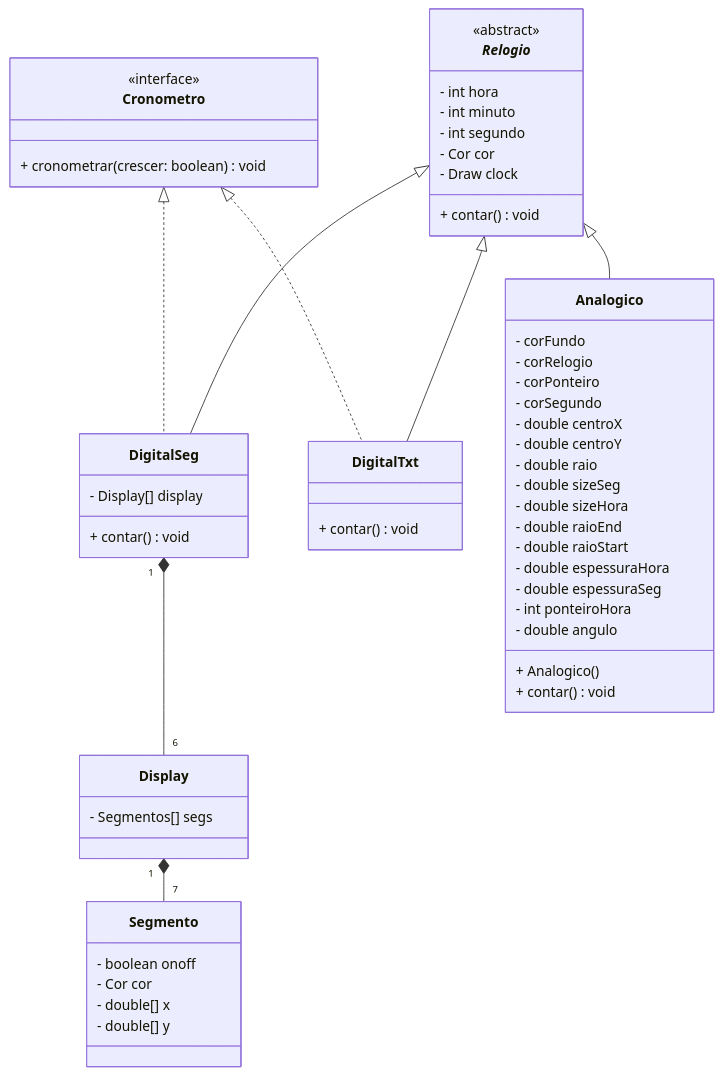
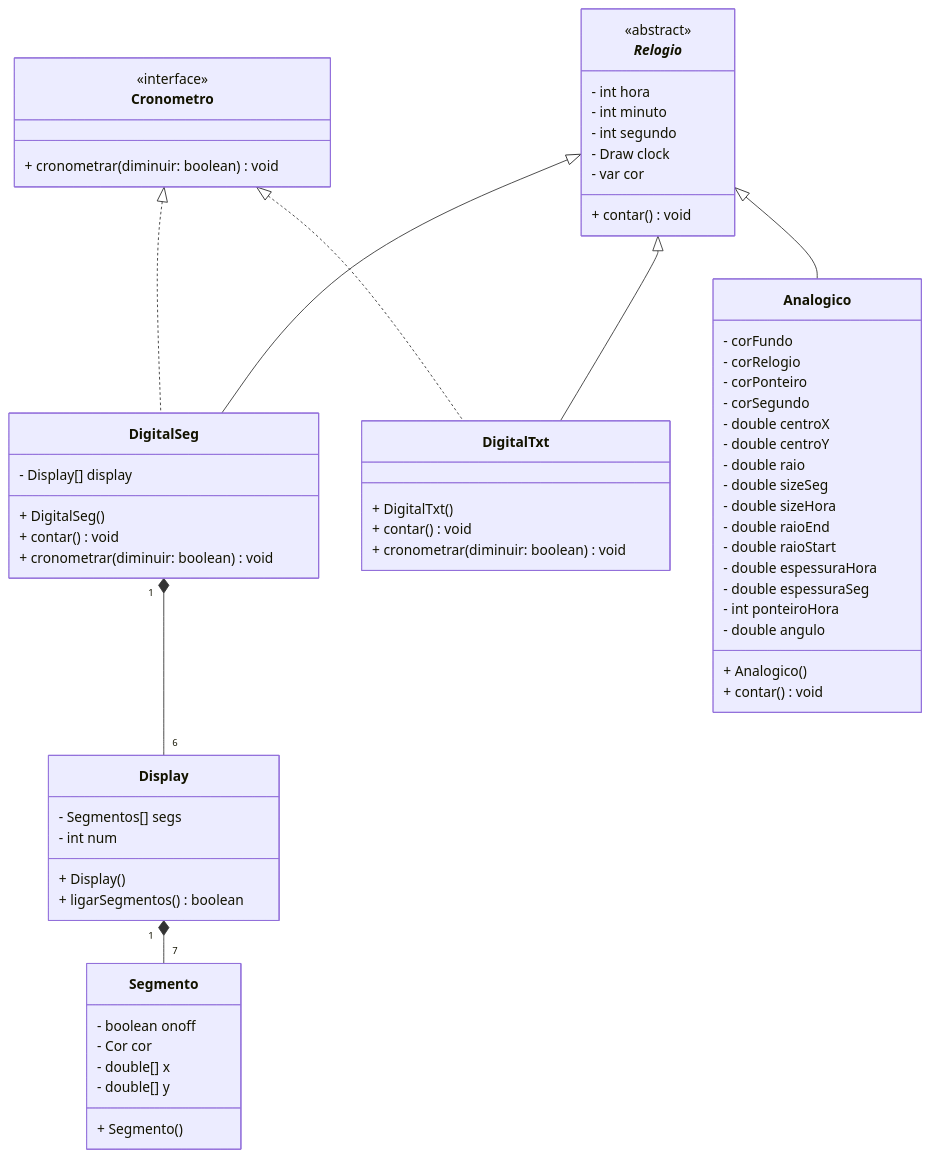
One commit to Aluno55/POO changed the diagram in lab-06/README.md. Above: the diagram before and after it, drawn with Mermaid. The commit also changed 4 other files, not shown here.

````diff
--- a/lab-06/README.md
+++ b/lab-06/README.md
@@ -1,60 +1,68 @@
 ```mermaid
 classDiagram
     class _Relogio_{
         <<abstract>>
         - int hora
         - int minuto
         - int segundo
-        - Cor cor
         - Draw clock
+        - var cor
         + contar () void
     }
     class Cronometro {
         <<interface>>
-        + cronometrar (crescer: boolean) void
+        + cronometrar (diminuir: boolean) void
     }
     Cronometro <|.. DigitalSeg
     Cronometro <|.. DigitalTxt
     class DigitalSeg{
         - Display[] display
+        + DigitalSeg ()
         + contar () void
+        + cronometrar (diminuir: boolean) void
     }
     class Display{
         - Segmentos[] segs
+        - int num
+        + Display ()
+        + ligarSegmentos () boolean
     }
     class Segmento{
         - boolean onoff
         - Cor cor
         - double[] x
         - double[] y
+        + Segmento ()
     }
     class Analogico{
         - corFundo
         - corRelogio
         - corPonteiro
         - corSegundo
         - double centroX
         - double centroY
         - double raio
         - double sizeSeg
         - double sizeHora
         - double raioEnd
         - double raioStart
         - double espessuraHora
         - double espessuraSeg
         - int ponteiroHora
         - double angulo
         + Analogico ()
         + contar () void
     }
     class DigitalTxt{
+        + DigitalTxt ()
         + contar () void
+        + cronometrar (diminuir: boolean) void
     }
 
     _Relogio_ <|-- DigitalSeg
     _Relogio_ <|-- DigitalTxt
     _Relogio_ <|-- Analogico
     Display "1"*--"7"Segmento
     DigitalSeg "1"*--"6" Display
 
 ```
````
